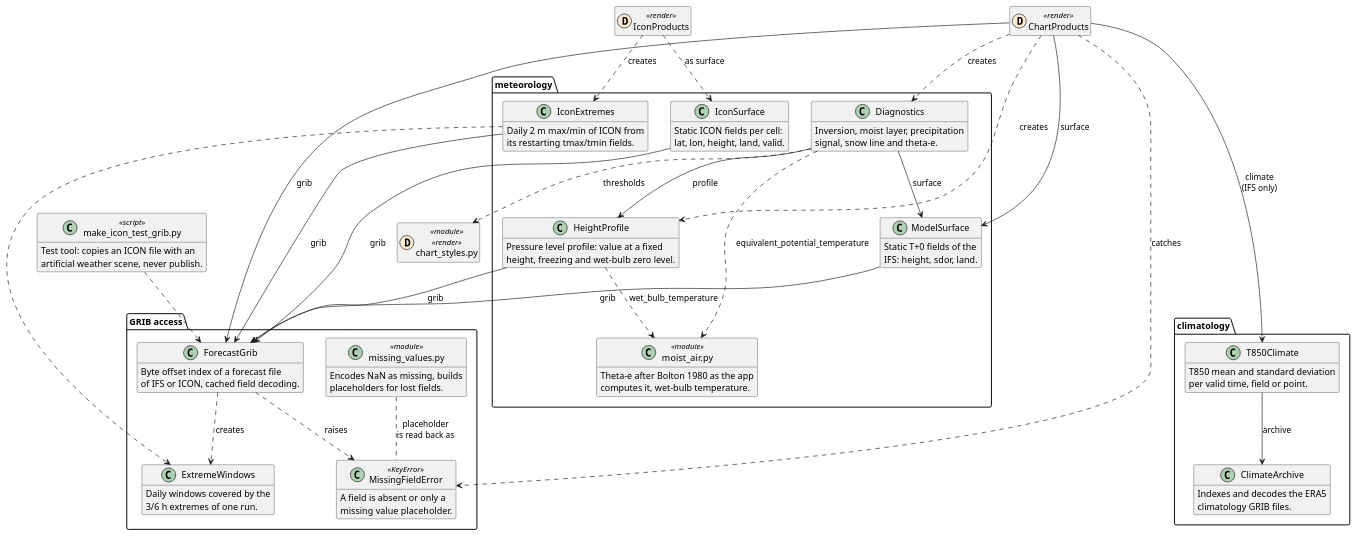
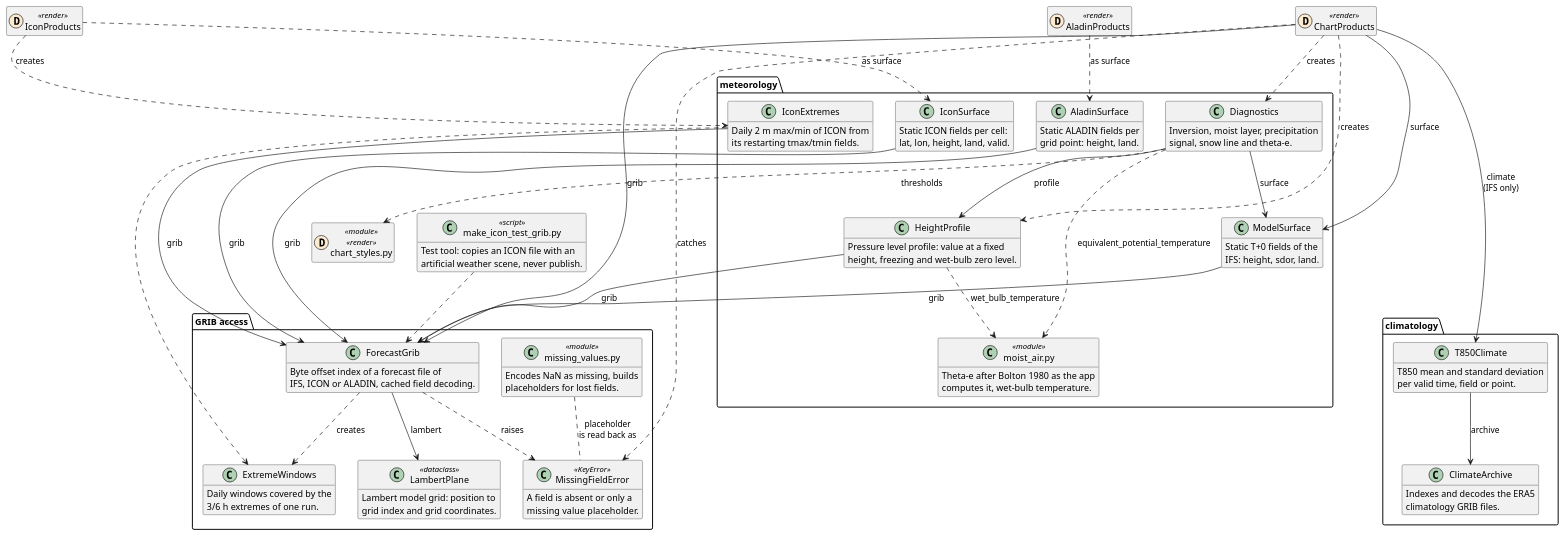
Before and after one commit to schletz/wetterkartenviewer: the fourth of 5 diagrams in REFERENCE.scripts.md, drawn with PlantUML. The commit also changed other lines of this file and 52 other files, not shown here.

```diff
--- a/REFERENCE.scripts.md
+++ b/REFERENCE.scripts.md
@@ -332,8 +372,12 @@
 }
 package "GRIB access" {
  class ForecastGrib {
- Byte offset index of a forecast file
- of IFS or ICON, cached field decoding.
+ Byte offset index of a forecast file of
+ IFS, ICON or ALADIN, cached field decoding.
+ }
+ class LambertPlane <<dataclass>> {
+ Lambert model grid: position to
+ grid index and grid coordinates.
  }
  class ExtremeWindows {
  Daily windows covered by the
@@ -356,6 +400,10 @@
  class IconSurface {
  Static ICON fields per cell:
  lat, lon, height, land, valid.
+ }
+ class AladinSurface {
+ Static ALADIN fields per
+ grid point: height, land.
  }
  class HeightProfile {
  Pressure level profile: value at a fixed
@@ -387,6 +435,10 @@
 class "chart_styles.py" as chart_styles <<module>> << (D,#fdebd1) render >>
 class ChartProducts << (D,#fdebd1) render >>
 class IconProducts << (D,#fdebd1) render >>
+class AladinProducts << (D,#fdebd1) render >>
+AladinProducts ..> AladinSurface : as surface
+AladinSurface --> ForecastGrib : grib
+ForecastGrib --> LambertPlane : lambert
 ChartProducts --> ForecastGrib : grib
 ChartProducts --> ModelSurface : surface
 ChartProducts --> T850Climate : climate\n(IFS only)
```
